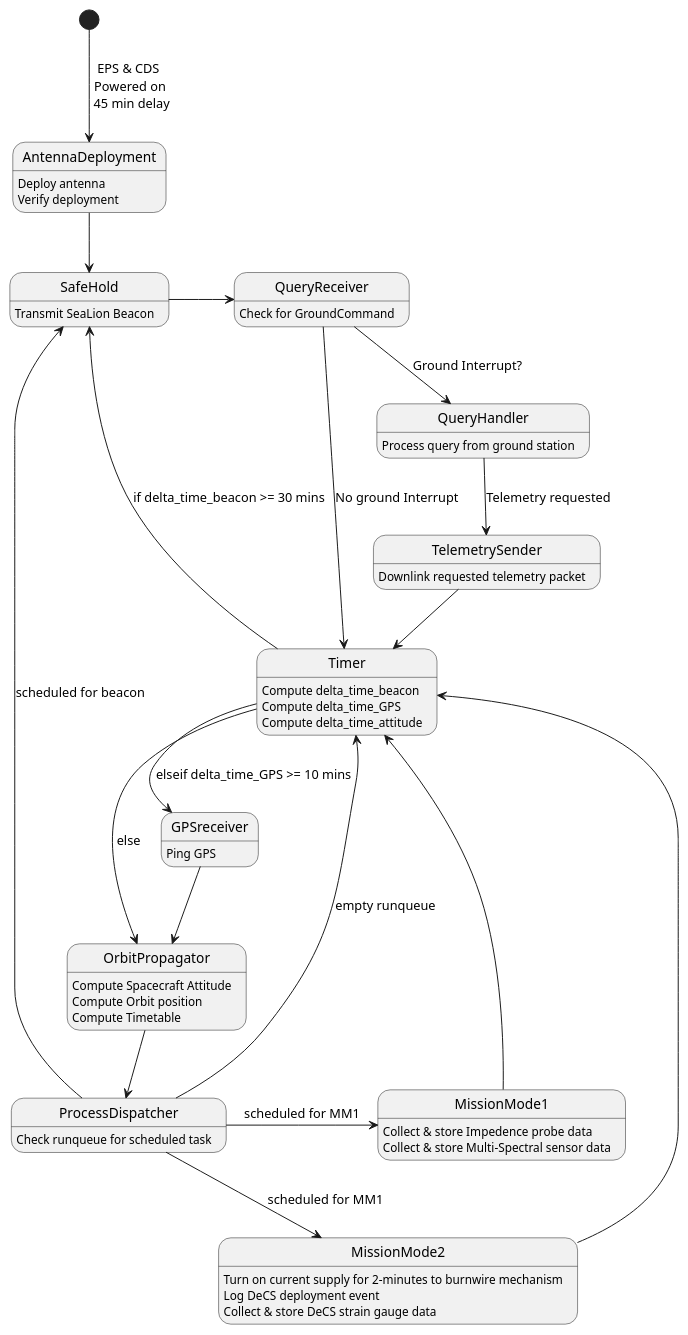
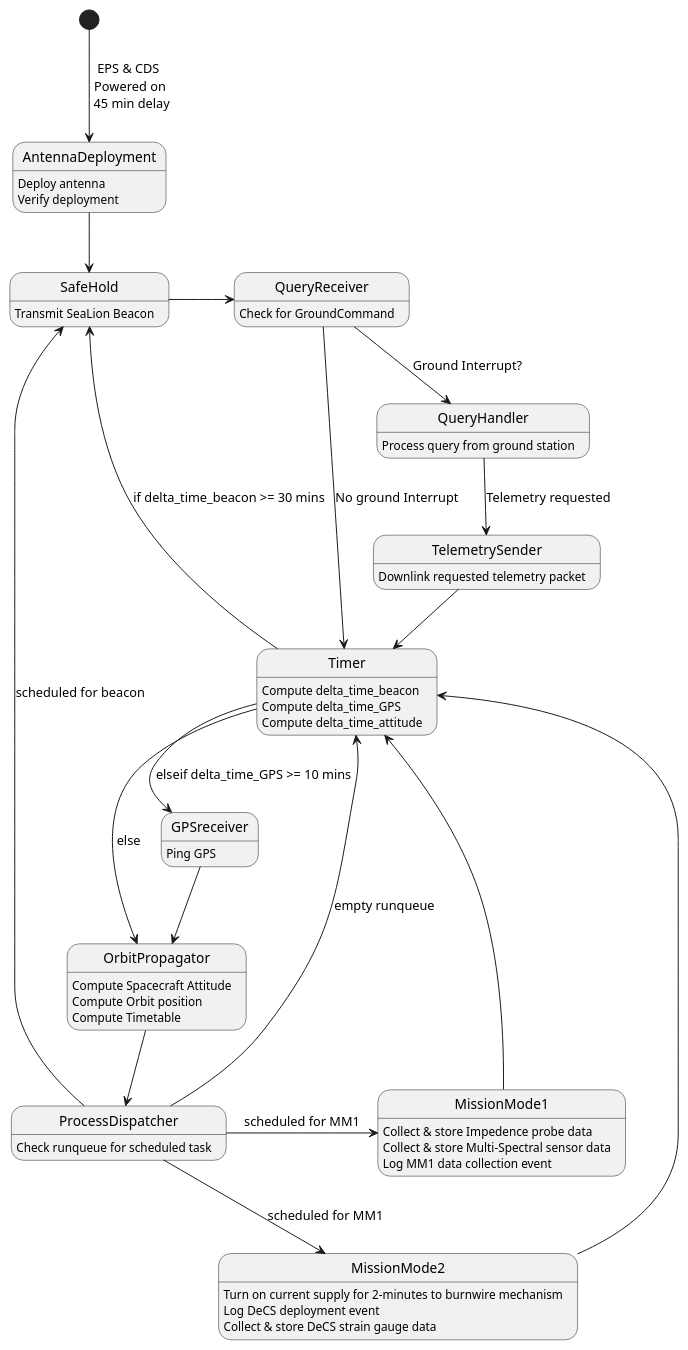
One commit to ODU-CGA-CubeSat/FSW changed the diagram in fsw-architecture/operating-mode-as-fsm.puml. Above: the diagram before and after it, drawn with PlantUML.

Commit message:
add event logging in MM1

```diff
--- a/fsw-architecture/operating-mode-as-fsm.puml
+++ b/fsw-architecture/operating-mode-as-fsm.puml
@@ -1,52 +1,53 @@
 @startuml
 
 state AntennaDeployment
       AntennaDeployment : Deploy antenna
       AntennaDeployment : Verify deployment
 state SafeHold
       SafeHold : Transmit SeaLion Beacon
 state QueryReceiver
       QueryReceiver : Check for GroundCommand
 state TelemetrySender
       TelemetrySender : Downlink requested telemetry packet
 state Timer
       Timer : Compute delta_time_beacon
       Timer : Compute delta_time_GPS
       Timer : Compute delta_time_attitude
 state MissionMode1
       MissionMode1 : Collect & store Impedence probe data
       MissionMode1 : Collect & store Multi-Spectral sensor data
+      MissionMode1 : Log MM1 data collection event
 state MissionMode2
       MissionMode2 : Turn on current supply for 2-minutes to burnwire mechanism
       MissionMode2 : Log DeCS deployment event
       MissionMode2 : Collect & store DeCS strain gauge data
 state ProcessDispatcher
       ProcessDispatcher : Check runqueue for scheduled task
 state OrbitPropagator
       OrbitPropagator : Compute Spacecraft Attitude
       OrbitPropagator : Compute Orbit position
       OrbitPropagator : Compute Timetable
 state GPSreceiver
       GPSreceiver : Ping GPS
 state QueryHandler
       QueryHandler : Process query from ground station
 
 [*] --> AntennaDeployment : EPS & CDS \n Powered on \n 45 min delay
 AntennaDeployment --> SafeHold
 SafeHold -> QueryReceiver
 QueryReceiver --> QueryHandler : Ground Interrupt?
 QueryHandler --> TelemetrySender : Telemetry requested
 QueryReceiver -> Timer : No ground Interrupt
 TelemetrySender --> Timer
 MissionMode1 --> Timer
 MissionMode2 --> Timer
 GPSreceiver --> OrbitPropagator
 OrbitPropagator --> ProcessDispatcher
 Timer --> SafeHold : if delta_time_beacon >= 30 mins
 Timer --> GPSreceiver : elseif delta_time_GPS >= 10 mins
 Timer --> OrbitPropagator : else
 ProcessDispatcher --> SafeHold : scheduled for beacon
 ProcessDispatcher -> MissionMode1 : scheduled for MM1
 ProcessDispatcher --> MissionMode2 : scheduled for MM1
 ProcessDispatcher --> Timer : empty runqueue
 @enduml
```
